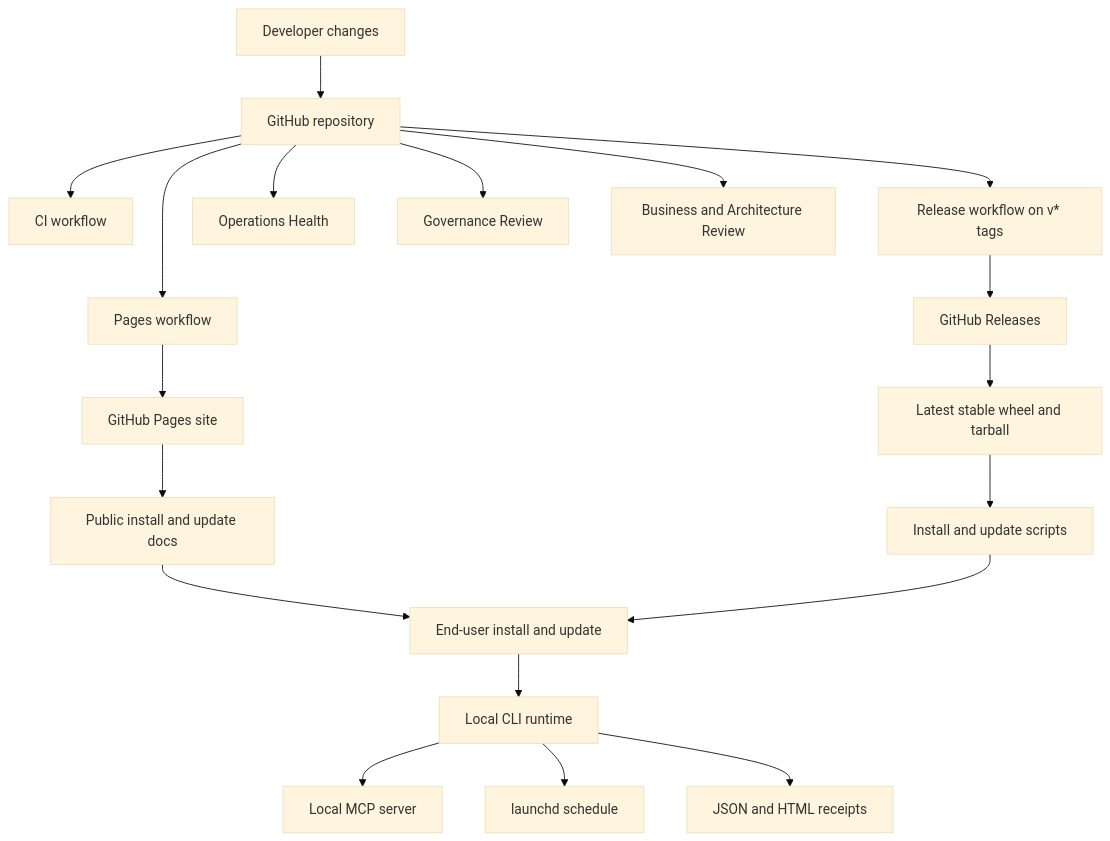
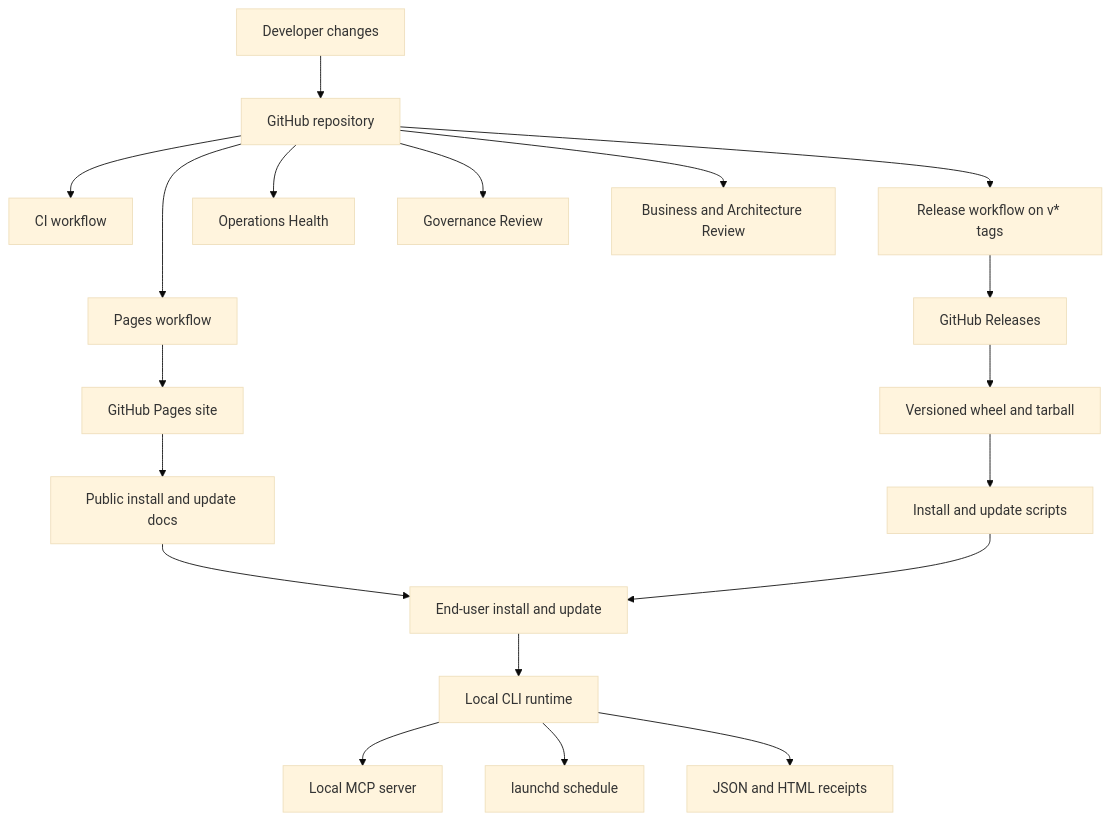
The diagram in DEPLOYMENT_ARCHITECTURE.md (jlsport18/DreamCleanr), drawn with Mermaid (base theme) before and after one commit. The commit also changed other lines of this file and 10 other files, not shown here.

````diff
--- a/DEPLOYMENT_ARCHITECTURE.md
+++ b/DEPLOYMENT_ARCHITECTURE.md
@@ -47,21 +47,21 @@
 ```mermaid
 flowchart TD
     A[Developer changes] --> B[GitHub repository]
     B --> C[CI workflow]
     B --> D[Pages workflow]
     B --> E[Release workflow on v* tags]
     B --> F[Operations Health]
     B --> G[Governance Review]
     B --> H[Business and Architecture Review]
     D --> I[GitHub Pages site]
     E --> J[GitHub Releases]
-    J --> K[Latest stable wheel and tarball]
+    J --> K[Versioned wheel and tarball]
     I --> L[Public install and update docs]
     K --> M[Install and update scripts]
     L --> N[End-user install and update]
     M --> N
     N --> O[Local CLI runtime]
     O --> P[Local MCP server]
     O --> Q[launchd schedule]
     O --> R[JSON and HTML receipts]
 ```
````
